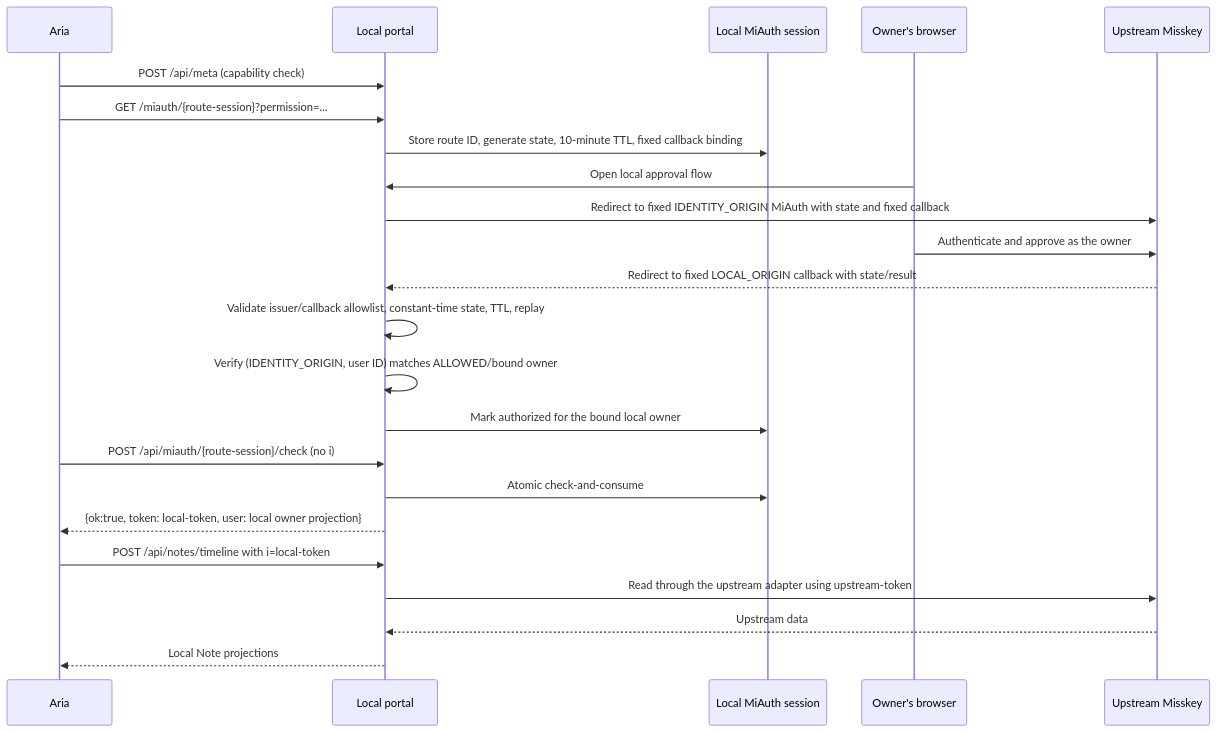
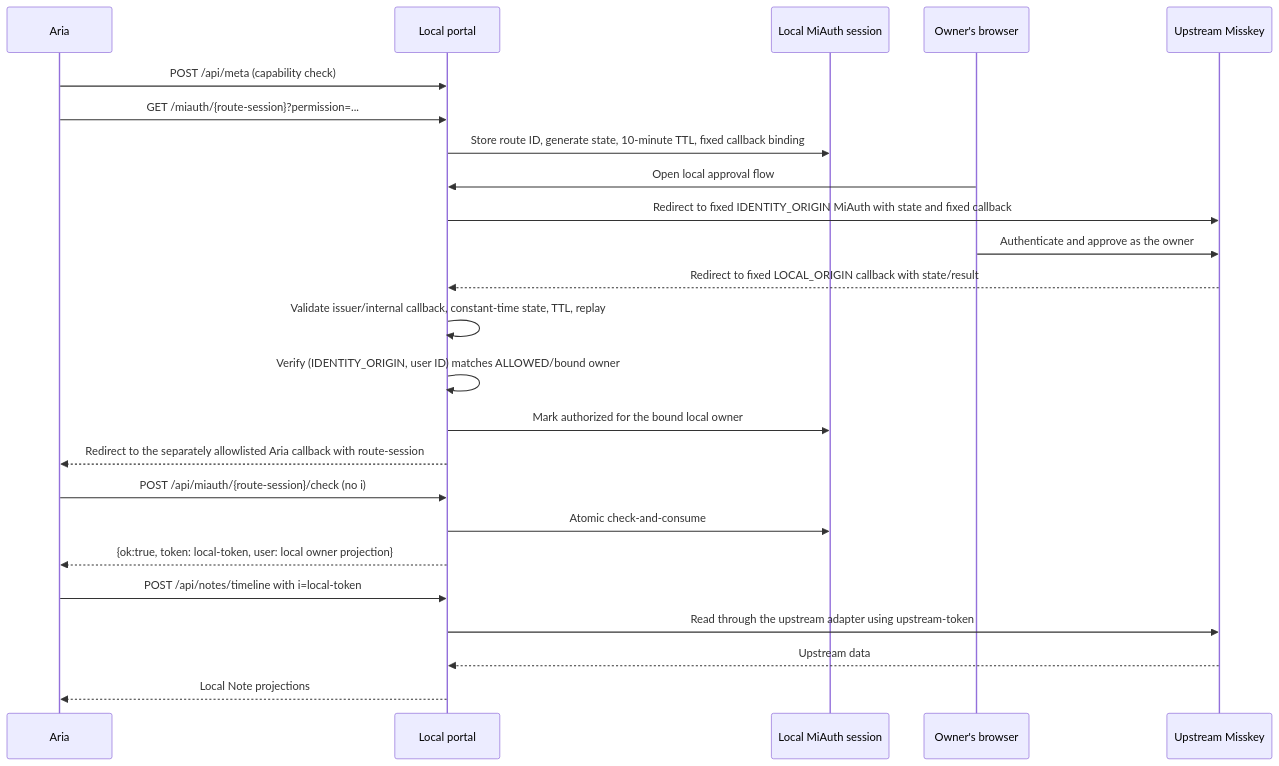
One commit to nananek/miauth-private-portal changed the diagram in docs/decisions/0001-auth-topology.md. Above: the diagram before and after it, drawn with Mermaid. The commit also changed other lines of this file and 2 other files, not shown here.

Commit message:
docs: tighten auth and Open WebUI roadmap contracts

````diff
--- a/docs/decisions/0001-auth-topology.md
+++ b/docs/decisions/0001-auth-topology.md
@@ -157,26 +165,27 @@
 ```mermaid
 sequenceDiagram
     participant A as Aria
     participant L as Local portal
     participant B as Local MiAuth session
     participant O as Owner's browser
     participant U as Upstream Misskey
 
     A->>L: POST /api/meta (capability check)
     A->>L: GET /miauth/{route-session}?permission=...
     L->>B: Store route ID, generate state, 10-minute TTL, fixed callback binding
     O->>L: Open local approval flow
     L->>U: Redirect to fixed IDENTITY_ORIGIN MiAuth with state and fixed callback
     O->>U: Authenticate and approve as the owner
     U-->>L: Redirect to fixed LOCAL_ORIGIN callback with state/result
-    L->>L: Validate issuer/callback allowlist, constant-time state, TTL, replay
+    L->>L: Validate issuer/internal callback, constant-time state, TTL, replay
     L->>L: Verify (IDENTITY_ORIGIN, user ID) matches ALLOWED/bound owner
     L->>B: Mark authorized for the bound local owner
+    L-->>A: Redirect to the separately allowlisted Aria callback with route-session
     A->>L: POST /api/miauth/{route-session}/check (no i)
     L->>B: Atomic check-and-consume
     L-->>A: {ok:true, token: local-token, user: local owner projection}
     A->>L: POST /api/notes/timeline with i=local-token
     L->>U: Read through the upstream adapter using upstream-token
     U-->>L: Upstream data
     L-->>A: Local Note projections
 ```
````
